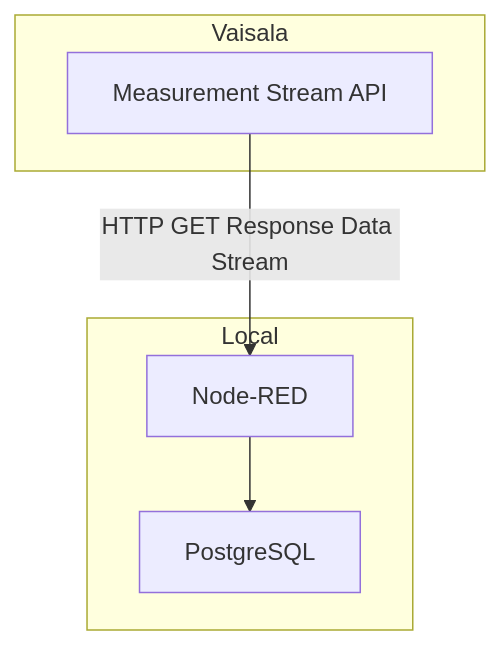
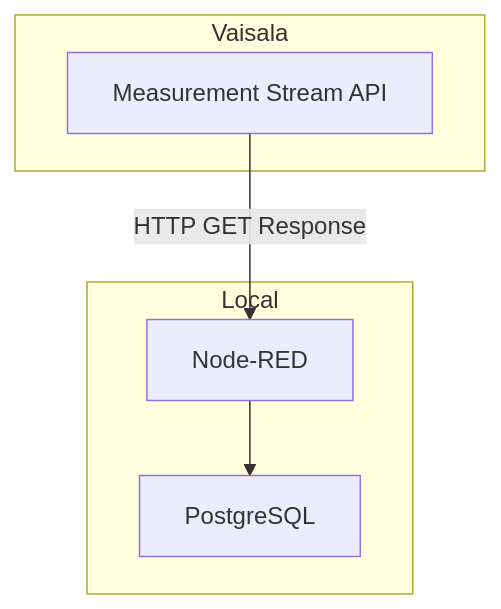
Before and after one commit to jonss0777/DIY_Sensor: the first of 2 diagrams in README.md, drawn with Mermaid.

````diff
--- a/README.md
+++ b/README.md
@@ -7,16 +7,16 @@
 ```mermaid
   flowchart TD
     subgraph Vaisala
         A1[Measurement Stream API]
 
     end
 
     subgraph Local
         B1[Node-RED] --> B2[PostgreSQL]
 
     end
 
-    A1 -->|HTTP GET Response Data Stream|B1
+    A1 -->|HTTP GET Response |B1
 
 
 ```
````
